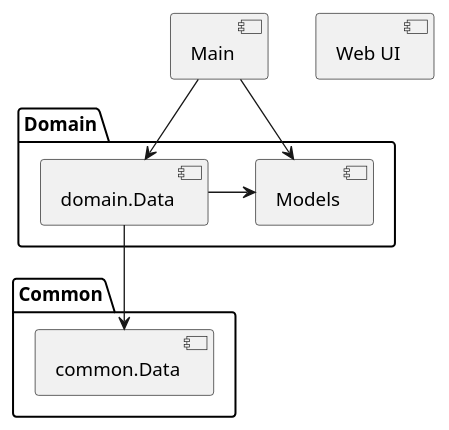
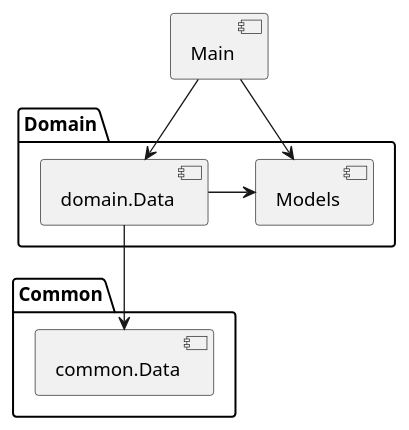
One commit to undiscoveredWorld/finance_plan changed the diagram in docs/current/model.puml. Above: the diagram before and after it, drawn with PlantUML. The commit also changed 14 other files, not shown here.

```diff
--- a/docs/current/model.puml
+++ b/docs/current/model.puml
@@ -1,21 +1,20 @@
 @startuml component
 
 package Common {
     component [common.Data]
 }
 
 package Domain {
     component [Models]
     component [domain.Data]
 }
 
-component [Web UI]
 component [Main]
 
 
 [Main] -down-> [domain.Data]
 [Main] -down-> [Models]
 [domain.Data] -right-> [Models]
 [domain.Data] -down-> [common.Data]
 
 @enduml
```
